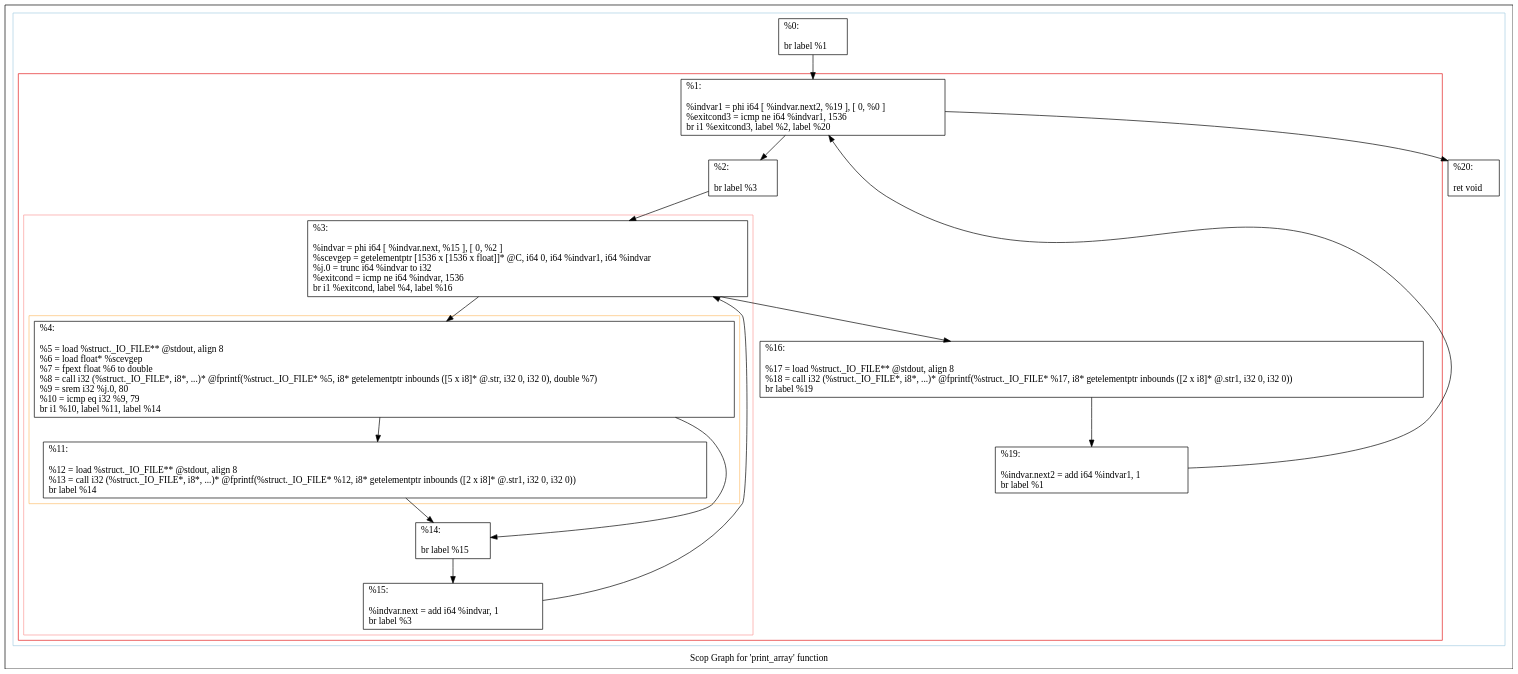
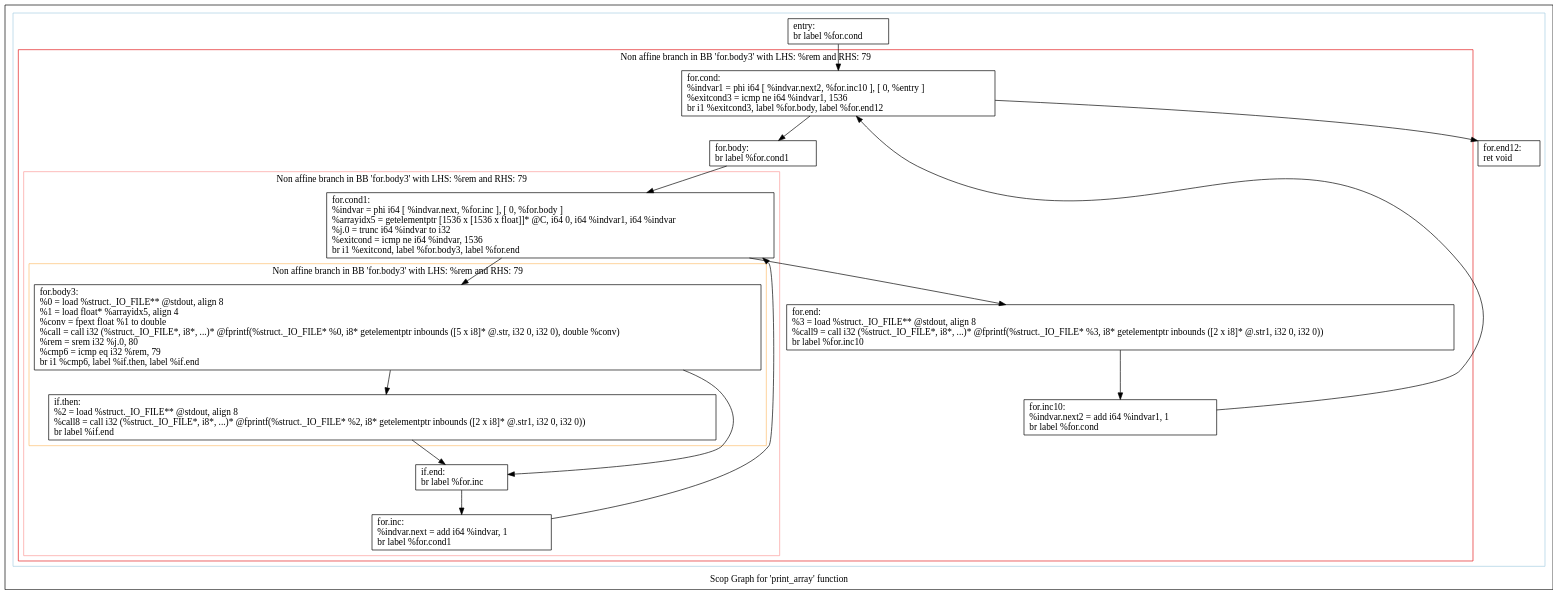
Before and after one commit to intel/quantum-intrinsics: the diagram in polly/www/experiments/matmul/scops.print_array.dot, drawn with Graphviz. The commit also changed 36 other files, not shown here.

```diff
--- a/polly/www/experiments/matmul/scops.print_array.dot
+++ b/polly/www/experiments/matmul/scops.print_array.dot
@@ -1,60 +1,60 @@
 digraph "Scop Graph for 'print_array' function" {
 	label="Scop Graph for 'print_array' function";
 
-	Node0x26ac9a0 [shape=record,label="{%0:\l\l  br label %1\l}"];
-	Node0x26ac9a0 -> Node0x26acd00;
-	Node0x26acd00 [shape=record,label="{%1:\l\l  %indvar1 = phi i64 [ %indvar.next2, %19 ], [ 0, %0 ]\l  %exitcond3 = icmp ne i64 %indvar1, 1536\l  br i1 %exitcond3, label %2, label %20\l}"];
-	Node0x26acd00 -> Node0x26a8ac0;
-	Node0x26acd00 -> Node0x26ac9c0;
-	Node0x26a8ac0 [shape=record,label="{%2:\l\l  br label %3\l}"];
-	Node0x26a8ac0 -> Node0x26ad940;
-	Node0x26ad940 [shape=record,label="{%3:\l\l  %indvar = phi i64 [ %indvar.next, %15 ], [ 0, %2 ]\l  %scevgep = getelementptr [1536 x [1536 x float]]* @C, i64 0, i64 %indvar1, i64 %indvar\l  %j.0 = trunc i64 %indvar to i32\l  %exitcond = icmp ne i64 %indvar, 1536\l  br i1 %exitcond, label %4, label %16\l}"];
-	Node0x26ad940 -> Node0x26acde0;
-	Node0x26ad940 -> Node0x26ad9e0;
-	Node0x26acde0 [shape=record,label="{%4:\l\l  %5 = load %struct._IO_FILE** @stdout, align 8\l  %6 = load float* %scevgep\l  %7 = fpext float %6 to double\l  %8 = call i32 (%struct._IO_FILE*, i8*, ...)* @fprintf(%struct._IO_FILE* %5, i8* getelementptr inbounds ([5 x i8]* @.str, i32 0, i32 0), double %7)\l  %9 = srem i32 %j.0, 80\l  %10 = icmp eq i32 %9, 79\l  br i1 %10, label %11, label %14\l}"];
-	Node0x26acde0 -> Node0x26ada40;
-	Node0x26acde0 -> Node0x26acfa0;
-	Node0x26ada40 [shape=record,label="{%11:\l\l  %12 = load %struct._IO_FILE** @stdout, align 8\l  %13 = call i32 (%struct._IO_FILE*, i8*, ...)* @fprintf(%struct._IO_FILE* %12, i8* getelementptr inbounds ([2 x i8]* @.str1, i32 0, i32 0))\l  br label %14\l}"];
-	Node0x26ada40 -> Node0x26acfa0;
-	Node0x26acfa0 [shape=record,label="{%14:\l\l  br label %15\l}"];
-	Node0x26acfa0 -> Node0x26ad6c0;
-	Node0x26ad6c0 [shape=record,label="{%15:\l\l  %indvar.next = add i64 %indvar, 1\l  br label %3\l}"];
-	Node0x26ad6c0 -> Node0x26ad940[constraint=false];
-	Node0x26ad9e0 [shape=record,label="{%16:\l\l  %17 = load %struct._IO_FILE** @stdout, align 8\l  %18 = call i32 (%struct._IO_FILE*, i8*, ...)* @fprintf(%struct._IO_FILE* %17, i8* getelementptr inbounds ([2 x i8]* @.str1, i32 0, i32 0))\l  br label %19\l}"];
-	Node0x26ad9e0 -> Node0x26ace00;
-	Node0x26ace00 [shape=record,label="{%19:\l\l  %indvar.next2 = add i64 %indvar1, 1\l  br label %1\l}"];
-	Node0x26ace00 -> Node0x26acd00[constraint=false];
-	Node0x26ac9c0 [shape=record,label="{%20:\l\l  ret void\l}"];
+	Node0x17d2200 [shape=record,label="{entry:\l  br label %for.cond\l}"];
+	Node0x17d2200 -> Node0x17d4f20;
+	Node0x17d4f20 [shape=record,label="{for.cond:                                         \l  %indvar1 = phi i64 [ %indvar.next2, %for.inc10 ], [ 0, %entry ]\l  %exitcond3 = icmp ne i64 %indvar1, 1536\l  br i1 %exitcond3, label %for.body, label %for.end12\l}"];
+	Node0x17d4f20 -> Node0x17d3680;
+	Node0x17d4f20 -> Node0x17d9fc0;
+	Node0x17d3680 [shape=record,label="{for.body:                                         \l  br label %for.cond1\l}"];
+	Node0x17d3680 -> Node0x17da220;
+	Node0x17da220 [shape=record,label="{for.cond1:                                        \l  %indvar = phi i64 [ %indvar.next, %for.inc ], [ 0, %for.body ]\l  %arrayidx5 = getelementptr [1536 x [1536 x float]]* @C, i64 0, i64 %indvar1, i64 %indvar\l  %j.0 = trunc i64 %indvar to i32\l  %exitcond = icmp ne i64 %indvar, 1536\l  br i1 %exitcond, label %for.body3, label %for.end\l}"];
+	Node0x17da220 -> Node0x17d9ea0;
+	Node0x17da220 -> Node0x17da0f0;
+	Node0x17d9ea0 [shape=record,label="{for.body3:                                        \l  %0 = load %struct._IO_FILE** @stdout, align 8\l  %1 = load float* %arrayidx5, align 4\l  %conv = fpext float %1 to double\l  %call = call i32 (%struct._IO_FILE*, i8*, ...)* @fprintf(%struct._IO_FILE* %0, i8* getelementptr inbounds ([5 x i8]* @.str, i32 0, i32 0), double %conv)\l  %rem = srem i32 %j.0, 80\l  %cmp6 = icmp eq i32 %rem, 79\l  br i1 %cmp6, label %if.then, label %if.end\l}"];
+	Node0x17d9ea0 -> Node0x17d9ec0;
+	Node0x17d9ea0 -> Node0x17da060;
+	Node0x17d9ec0 [shape=record,label="{if.then:                                          \l  %2 = load %struct._IO_FILE** @stdout, align 8\l  %call8 = call i32 (%struct._IO_FILE*, i8*, ...)* @fprintf(%struct._IO_FILE* %2, i8* getelementptr inbounds ([2 x i8]* @.str1, i32 0, i32 0))\l  br label %if.end\l}"];
+	Node0x17d9ec0 -> Node0x17da060;
+	Node0x17da060 [shape=record,label="{if.end:                                           \l  br label %for.inc\l}"];
+	Node0x17da060 -> Node0x17da200;
+	Node0x17da200 [shape=record,label="{for.inc:                                          \l  %indvar.next = add i64 %indvar, 1\l  br label %for.cond1\l}"];
+	Node0x17da200 -> Node0x17da220[constraint=false];
+	Node0x17da0f0 [shape=record,label="{for.end:                                          \l  %3 = load %struct._IO_FILE** @stdout, align 8\l  %call9 = call i32 (%struct._IO_FILE*, i8*, ...)* @fprintf(%struct._IO_FILE* %3, i8* getelementptr inbounds ([2 x i8]* @.str1, i32 0, i32 0))\l  br label %for.inc10\l}"];
+	Node0x17da0f0 -> Node0x17da080;
+	Node0x17da080 [shape=record,label="{for.inc10:                                        \l  %indvar.next2 = add i64 %indvar1, 1\l  br label %for.cond\l}"];
+	Node0x17da080 -> Node0x17d4f20[constraint=false];
+	Node0x17d9fc0 [shape=record,label="{for.end12:                                        \l  ret void\l}"];
 	colorscheme = "paired12"
-        subgraph cluster_0x26adae0 {
+        subgraph cluster_0x17d38f0 {
           label = "";
           style = solid;
           color = 1
-          subgraph cluster_0x26aa030 {
-            label = "";
+          subgraph cluster_0x17d4030 {
+            label = "Non affine branch in BB 'for.body3' with LHS: %rem and RHS: 79";
             style = solid;
             color = 6
-            subgraph cluster_0x26a9fb0 {
-              label = "";
+            subgraph cluster_0x17d3fb0 {
+              label = "Non affine branch in BB 'for.body3' with LHS: %rem and RHS: 79";
               style = solid;
               color = 5
-              subgraph cluster_0x26adb60 {
-                label = "";
+              subgraph cluster_0x17d3f30 {
+                label = "Non affine branch in BB 'for.body3' with LHS: %rem and RHS: 79";
                 style = solid;
                 color = 7
-                Node0x26acde0;
-                Node0x26ada40;
+                Node0x17d9ea0;
+                Node0x17d9ec0;
               }
-              Node0x26ad940;
-              Node0x26acfa0;
-              Node0x26ad6c0;
+              Node0x17da220;
+              Node0x17da060;
+              Node0x17da200;
             }
-            Node0x26acd00;
-            Node0x26a8ac0;
-            Node0x26ad9e0;
-            Node0x26ace00;
+            Node0x17d4f20;
+            Node0x17d3680;
+            Node0x17da0f0;
+            Node0x17da080;
           }
-          Node0x26ac9a0;
-          Node0x26ac9c0;
+          Node0x17d2200;
+          Node0x17d9fc0;
         }
 }
```
